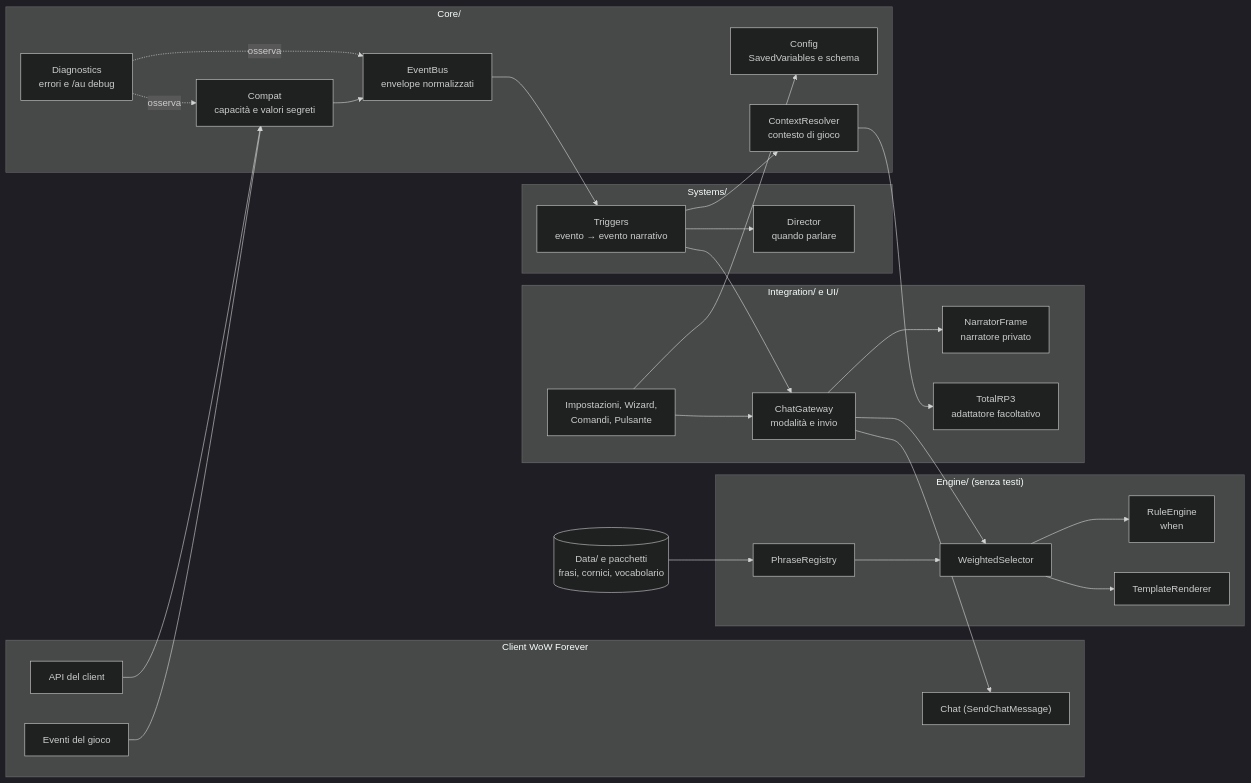
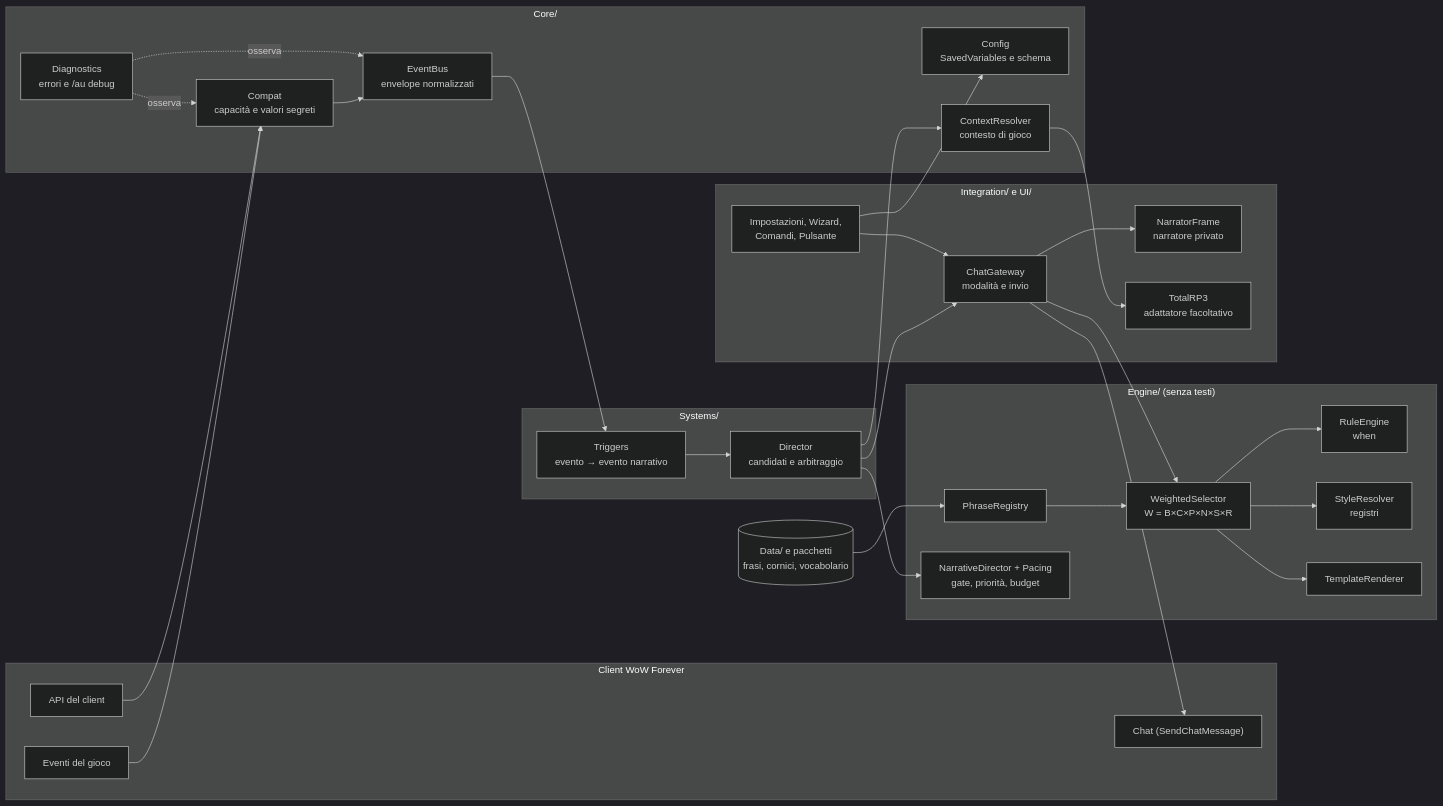
One commit to Finland6738/azeroth-unspoken changed the first of 6 diagrams in docs/ARCHITETTURA.md. Above: the diagram before and after it, drawn with Mermaid (dark theme). The commit also changed other lines of this file and 22 other files, not shown here.

First line of the commit message:
S4: Narrative Director (intensità, pacing, priorità, silenzio, StyleResolver, peso W) (#25)

````diff
--- a/docs/ARCHITETTURA.md
+++ b/docs/ARCHITETTURA.md
@@ -21,54 +21,58 @@
 ```mermaid
 flowchart LR
     subgraph Client["Client WoW Forever"]
         EV["Eventi del gioco"]
         API["API del client"]
         CHAT["Chat (SendChatMessage)"]
     end
 
     subgraph Core["Core/"]
         COMPAT["Compat<br/>capacità e valori segreti"]
         BUS["EventBus<br/>envelope normalizzati"]
         CFG["Config<br/>SavedVariables e schema"]
         CTX["ContextResolver<br/>contesto di gioco"]
         DIAG["Diagnostics<br/>errori e /au debug"]
     end
 
     subgraph Sys["Systems/"]
         TRG["Triggers<br/>evento → evento narrativo"]
-        DIR["Director<br/>quando parlare"]
+        DIR["Director<br/>candidati e arbitraggio"]
     end
 
     subgraph Eng["Engine/ (senza testi)"]
         REG["PhraseRegistry"]
         RULE["RuleEngine<br/>when"]
-        SEL["WeightedSelector"]
+        ND["NarrativeDirector + Pacing<br/>gate, priorità, budget"]
+        SEL["WeightedSelector<br/>W = B×C×P×N×S×R"]
+        STY["StyleResolver<br/>registri"]
         TPL["TemplateRenderer"]
     end
 
     subgraph Out["Integration/ e UI/"]
         GW["ChatGateway<br/>modalità e invio"]
         NAR["NarratorFrame<br/>narratore privato"]
         TRP["TotalRP3<br/>adattatore facoltativo"]
         UI["Impostazioni, Wizard,<br/>Comandi, Pulsante"]
     end
 
     DATA[("Data/ e pacchetti<br/>frasi, cornici, vocabolario")]
 
     EV --> COMPAT --> BUS --> TRG --> DIR
-    TRG --> CTX
+    DIR --> ND
+    DIR --> CTX
+    DIR --> GW
     API --> COMPAT
     CTX --> TRP
-    TRG --> GW
     GW --> SEL
     SEL --> RULE
+    SEL --> STY
     SEL --> TPL
     REG --> SEL
     DATA --> REG
     GW --> NAR
     GW --> CHAT
     UI --> GW
     UI --> CFG
     DIAG -. osserva .-> BUS
     DIAG -. osserva .-> COMPAT
 ```
````
